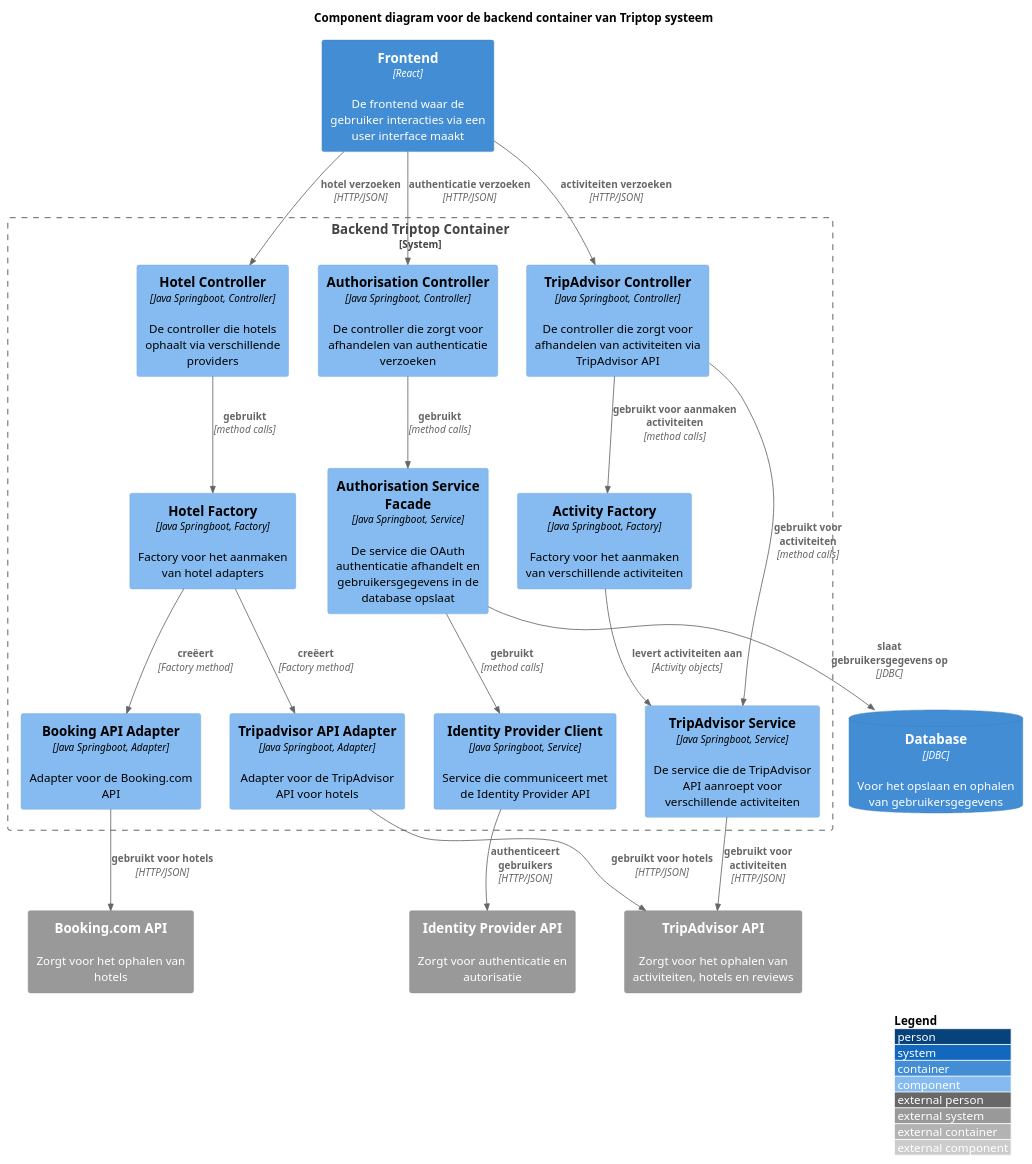
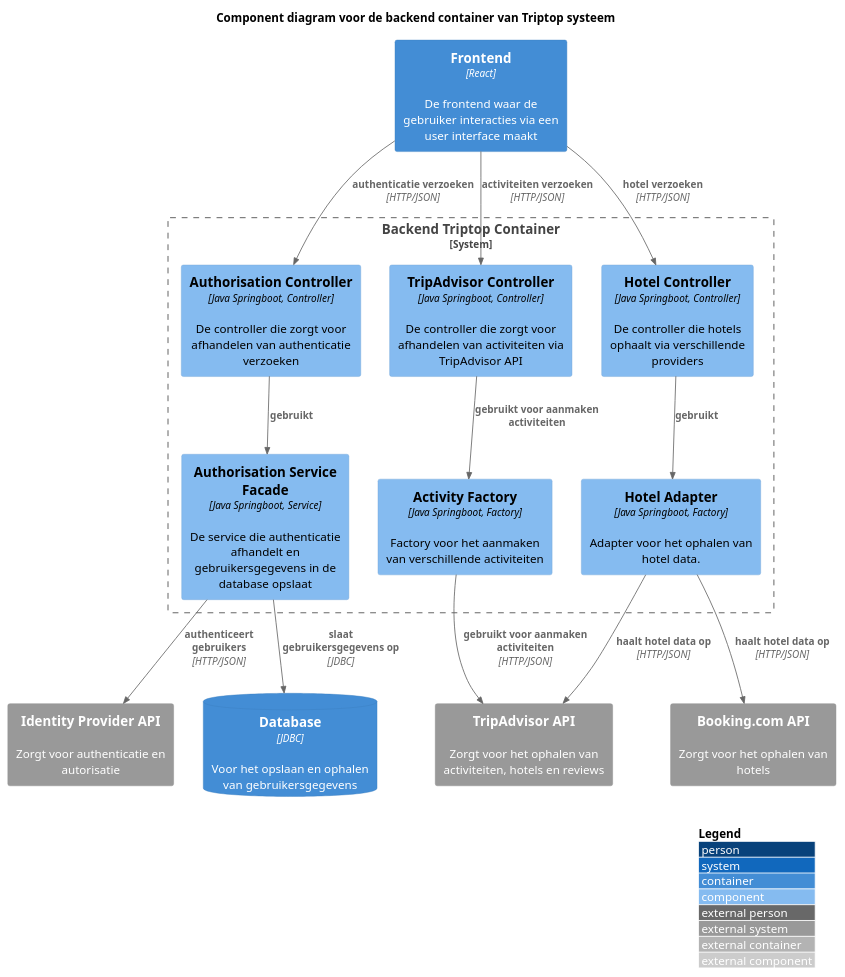
One commit to AIM-ENE-feb25/triptop-groep-b3 changed the diagram in software-guidebook/groep-backend-component-diagram.puml. Above: the diagram before and after it, drawn with PlantUML. The commit also changed 1 other file, not shown here.

Commit message:
backend container diagram aangepast

```diff
--- a/software-guidebook/groep-backend-component-diagram.puml
+++ b/software-guidebook/groep-backend-component-diagram.puml
@@ -1,67 +1,54 @@
 @startuml Component diagram voor de backend container van Triptop systeem
 !include <C4/C4>
 !include <C4/C4_Context>
 !include <C4/C4_Container>
 !include <C4/C4_Component>
 
 LAYOUT_WITH_LEGEND()
 
 title Component diagram voor de backend container van Triptop systeem
 
 Container(website, "Frontend", "React", "De frontend waar de gebruiker interacties via een user interface maakt")
 
 System_Boundary(triptop, "Backend Triptop Container") {
     ' Services
-    Component(authS, "Authorisation Service Facade", "Java Springboot, Service", "De service die OAuth authenticatie afhandelt en gebruikersgegevens in de database opslaat")
-    Component(identC, "Identity Provider Client", "Java Springboot, Service", "Service die communiceert met de Identity Provider API")
-    Component(tripAdvS, "TripAdvisor Service", "Java Springboot, Service", "De service die de TripAdvisor API aanroept voor verschillende activiteiten")
+    Component(authS, "Authorisation Service Facade", "Java Springboot, Service", "De service die authenticatie afhandelt en gebruikersgegevens in de database opslaat")
 
     ' Factories
     Component(actFact, "Activity Factory", "Java Springboot, Factory", "Factory voor het aanmaken van verschillende activiteiten")
-    Component(hotelFact, "Hotel Factory", "Java Springboot, Factory", "Factory voor het aanmaken van hotel adapters")
+    Component(hotelFact, "Hotel Adapter", "Java Springboot, Factory", "Adapter voor het ophalen van hotel data.")
 
     ' Controllers
     Component(authC, "Authorisation Controller", "Java Springboot, Controller", "De controller die zorgt voor afhandelen van authenticatie verzoeken")
     Component(hotelC, "Hotel Controller", "Java Springboot, Controller", "De controller die hotels ophaalt via verschillende providers")
     Component(tripAdvC, "TripAdvisor Controller", "Java Springboot, Controller", "De controller die zorgt voor afhandelen van activiteiten via TripAdvisor API")
-
-    ' Adapters
-    Component(bookingA, "Booking API Adapter", "Java Springboot, Adapter", "Adapter voor de Booking.com API")
-    Component(tripadvisorA, "Tripadvisor API Adapter", "Java Springboot, Adapter", "Adapter voor de TripAdvisor API voor hotels")
 }
 
 ' Database
 ContainerDb(database, "Database", "JDBC", "Voor het opslaan en ophalen van gebruikersgegevens")
 
 ' External Systems
 System_Ext(bookingApi, "Booking.com API", "Zorgt voor het ophalen van hotels")
 System_Ext(tripAdvisorApi, "TripAdvisor API", "Zorgt voor het ophalen van activiteiten, hotels en reviews")
 System_Ext(identityProviderApi, "Identity Provider API", "Zorgt voor authenticatie en autorisatie")
 
 ' Relationships - Controllers to Services
-Rel(authC, authS, "gebruikt", "method calls")
-Rel(hotelC, hotelFact, "gebruikt", "method calls")
-Rel(tripAdvC, tripAdvS, "gebruikt voor activiteiten", "method calls")
-Rel(tripAdvC, actFact, "gebruikt voor aanmaken activiteiten", "method calls")
+Rel(authC, authS, "gebruikt")
+Rel(hotelC, hotelFact, "gebruikt")
+Rel(tripAdvC, actFact, "gebruikt voor aanmaken activiteiten")
+Rel(actFact, tripAdvisorApi, "gebruikt voor aanmaken activiteiten", "HTTP/JSON")
 
-' Factory relationships
-Rel(actFact, tripAdvS, "levert activiteiten aan", "Activity objects")
-Rel(hotelFact, bookingA, "creëert", "Factory method")
-Rel(hotelFact, tripadvisorA, "creëert", "Factory method")
+Rel(hotelFact, bookingApi, "haalt hotel data op", "HTTP/JSON")
+Rel(hotelFact, tripAdvisorApi, "haalt hotel data op", "HTTP/JSON")
 
-' Service to External API relationships
-Rel(tripAdvS, tripAdvisorApi, "gebruikt voor activiteiten", "HTTP/JSON")
-Rel(authS, identC, "gebruikt", "method calls")
-Rel(identC, identityProviderApi, "authenticeert gebruikers", "HTTP/JSON")
-Rel(bookingA, bookingApi, "gebruikt voor hotels", "HTTP/JSON")
-Rel(tripadvisorA, tripAdvisorApi, "gebruikt voor hotels", "HTTP/JSON")
+Rel(authS, identityProviderApi, "authenticeert gebruikers", "HTTP/JSON")
 
 ' Database relationships
 Rel(authS, database, "slaat gebruikersgegevens op", "JDBC")
 
 ' Frontend to Backend relationship
 Rel(website, authC, "authenticatie verzoeken", "HTTP/JSON")
 Rel(website, hotelC, "hotel verzoeken", "HTTP/JSON")
 Rel(website, tripAdvC, "activiteiten verzoeken", "HTTP/JSON")
 
 @enduml
```
